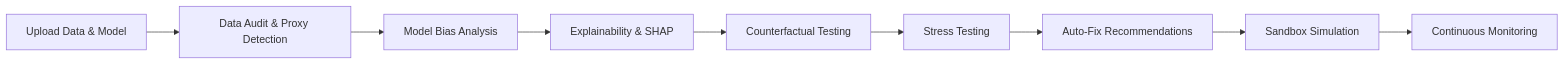
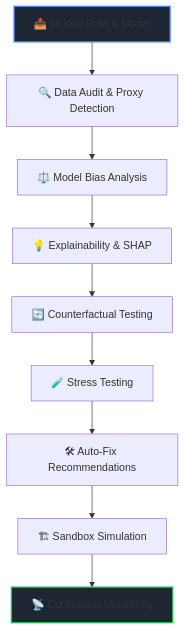
The diagram in README.md (MrNK2107/BIAS-0), drawn with Mermaid before and after one commit. The commit also changed other lines of this file and 1 other file, not shown here.

````diff
--- a/README.md
+++ b/README.md
@@ -51,11 +30,14 @@
 ```mermaid
-graph LR
-    A[Upload Data & Model] --> B[Data Audit & Proxy Detection]
-    B --> C[Model Bias Analysis]
-    C --> D[Explainability & SHAP]
-    D --> E[Counterfactual Testing]
-    E --> F[Stress Testing]
-    F --> G[Auto-Fix Recommendations]
-    G --> H[Sandbox Simulation]
-    H --> I[Continuous Monitoring]
+graph TD
+    A[📤 Upload Data & Model] --> B[🔍 Data Audit & Proxy Detection]
+    B --> C[⚖️ Model Bias Analysis]
+    C --> D[💡 Explainability & SHAP]
+    D --> E[🔄 Counterfactual Testing]
+    E --> F[🧪 Stress Testing]
+    F --> G[🛠 Auto-Fix Recommendations]
+    G --> H[🏗 Sandbox Simulation]
+    H --> I[📡 Continuous Monitoring]
+    
+    style A fill:#1e2533,stroke:#4f8ef7,stroke-width:2px
+    style I fill:#1e2533,stroke:#22c55e,stroke-width:2px
 ```
````
